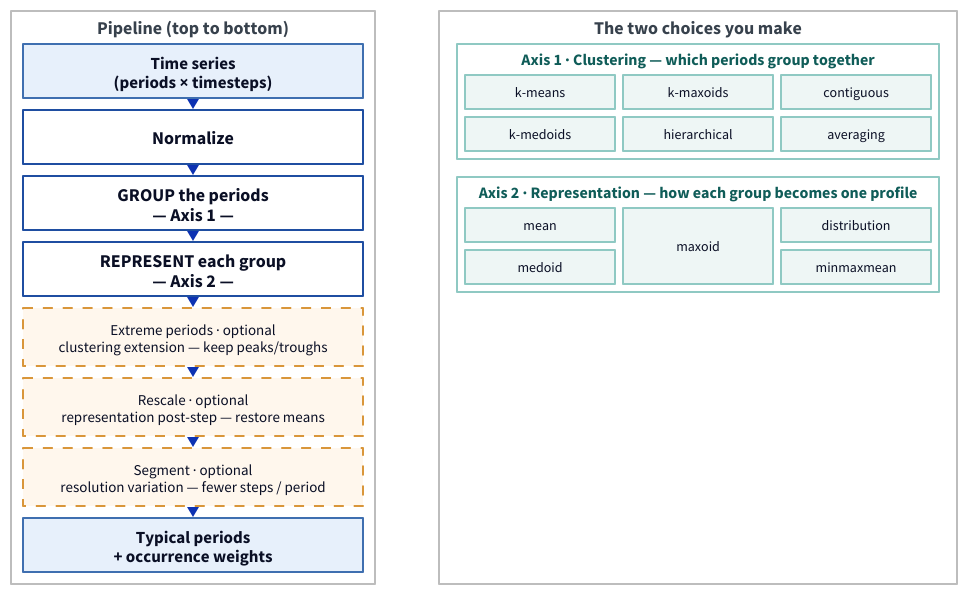
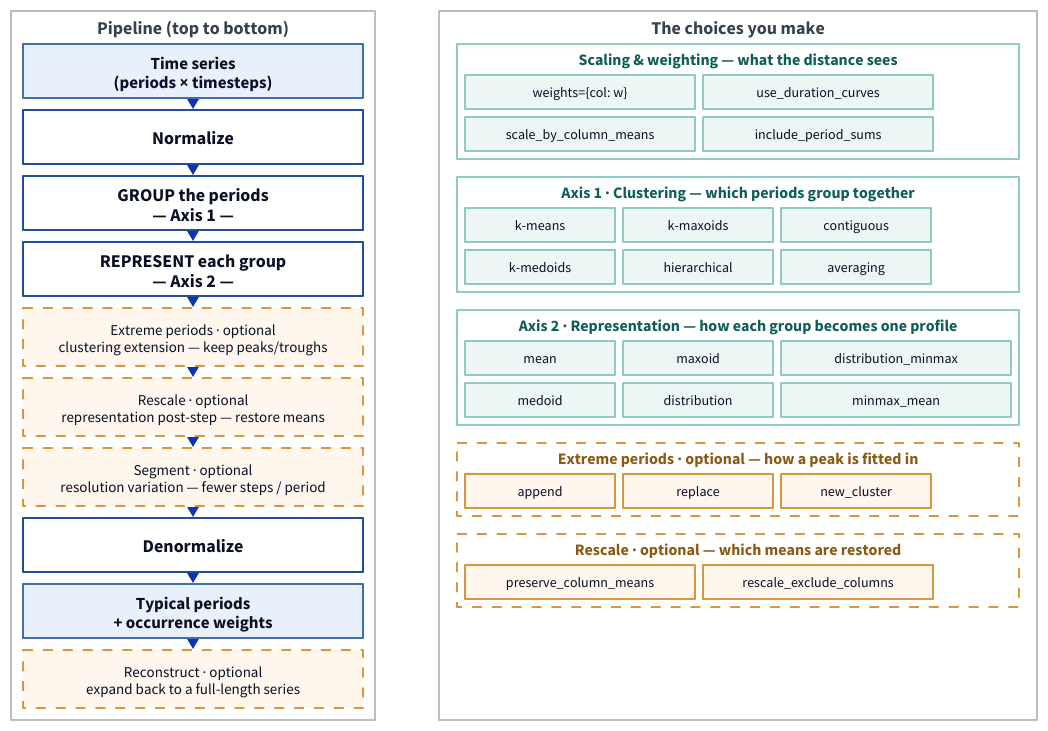
Before and after one commit to FZJ-IEK3-VSA/tsam: the diagram in docs/assets/architecture/aggregation_methods.d2, drawn with D2. The commit also changed 63 other files, not shown here.

```diff
--- a/docs/assets/architecture/aggregation_methods.d2
+++ b/docs/assets/architecture/aggregation_methods.d2
@@ -1,76 +1,115 @@
-# Aggregation pipeline — the two recombinable axes (grouping × representation) and
-# the optional post-steps (extremes, rescale, segmentation), in pipeline order.
-# Required stages are solid blue; OPTIONAL steps are dashed amber. Conceptual
-# companion to the how-it-works overview. Regenerate:
+# Aggregation pipeline — the two recombinable axes (grouping × representation), the
+# optional post-steps (extremes, rescale, segmentation) and the return path
+# (denormalize, reconstruct), in pipeline order. Required stages are solid blue;
+# OPTIONAL steps are dashed amber. The right column lists the options each stage
+# takes, in the same top-to-bottom order as the stages they configure. Conceptual
+# companion to the how-aggregation-works overview. Regenerate:
 #   d2 aggregation_methods.d2 aggregation_methods.svg
 
 direction: down
 
 vars: {
   d2-config: { pad: 12 }
 }
 
 classes: {
   side: { style: { fill: transparent; stroke: "#bdbdbd"; font-size: 18; bold: true; font-color: "#37414c" } }
   # required pipeline stages (solid, blue)
   stage: { width: 340; height: 54; style: { fill: "#ffffff"; stroke: "#1f4ea1"; stroke-width: 2; font-size: 18; bold: true } }
   # OPTIONAL steps (dashed, amber) — visually distinct from required stages
   opt: { width: 340; height: 58; style: { fill: "#fff7ed"; stroke: "#d9963a"; stroke-width: 2; stroke-dash: 5; font-size: 15; bold: false } }
   # data in / out (blue)
   io: { width: 340; height: 54; style: { fill: "#e7f0fb"; stroke: "#3f6fb0"; stroke-width: 2; font-size: 17 } }
   # menu container titles
   menu: { style: { fill: transparent; stroke: "#8fc9c3"; stroke-width: 2; font-size: 16; bold: true; font-color: "#0f5c58" } }
-  # option chips
+  # menu container titles for OPTIONAL steps — amber, to match the dashed stages
+  menu_opt: { style: { fill: transparent; stroke: "#d9963a"; stroke-width: 2; stroke-dash: 5; font-size: 16; bold: true; font-color: "#8a5a12" } }
+  # option chips: method names (short)
   chip: { width: 150; height: 34; style: { fill: "#eef6f5"; stroke: "#8fc9c3"; bold: false; font-size: 14 } }
+  # option chips: keyword-argument names (long) — wider so they do not wrap
+  kwchip: { width: 230; height: 34; style: { fill: "#eef6f5"; stroke: "#8fc9c3"; bold: false; font-size: 14 } }
+  # option chips for OPTIONAL steps — amber
+  kwchip_opt: { width: 230; height: 34; style: { fill: "#fff7ed"; stroke: "#d9963a"; bold: false; font-size: 14 } }
+  chip_opt: { width: 150; height: 34; style: { fill: "#fff7ed"; stroke: "#d9963a"; bold: false; font-size: 14 } }
 }
 
 grid-columns: 2
 grid-gap: 64
 
 # ── Left: the pipeline, top to bottom. Required stages solid; optional dashed. ──
 flow: "Pipeline (top to bottom)" {
   class: side
   grid-columns: 1
   grid-gap: 12
 
   tin: "Time series\n(periods × timesteps)" { class: io }
   norm: "Normalize" { class: stage }
   group: "GROUP the periods\n— Axis 1 —" { class: stage }
   rep: "REPRESENT each group\n— Axis 2 —" { class: stage }
   ext: "Extreme periods  ·  optional\nclustering extension — keep peaks/troughs" { class: opt }
   resc: "Rescale  ·  optional\nrepresentation post-step — restore means" { class: opt }
   seg: "Segment  ·  optional\nresolution variation — fewer steps / period" { class: opt }
+  den: "Denormalize" { class: stage }
   out: "Typical periods\n+ occurrence weights" { class: io }
+  rec: "Reconstruct  ·  optional\nexpand back to a full-length series" { class: opt }
 
-  tin -> norm -> group -> rep -> ext -> resc -> seg -> out
+  tin -> norm -> group -> rep -> ext -> resc -> seg -> den -> out -> rec
 }
 
-# ── Right: the two choices (any Axis-1 method × any Axis-2 method) ──────────────
-choices: "The two choices you make" {
+# ── Right: the options each stage takes, in the same order as the stages ────────
+choices: "The choices you make" {
   class: side
   grid-columns: 1
   grid-gap: 18
+
+  scal: "Scaling & weighting — what the distance sees" {
+    class: menu
+    grid-columns: 2
+    grid-gap: 8
+    w1: "weights={col: w}" { class: kwchip }
+    w2: "scale_by_column_means" { class: kwchip }
+    w3: "use_duration_curves" { class: kwchip }
+    w4: "include_period_sums" { class: kwchip }
+  }
 
   clu: "Axis 1 · Clustering — which periods group together" {
     class: menu
     grid-columns: 3
     grid-gap: 8
     a1: "k-means" { class: chip }
     a2: "k-medoids" { class: chip }
     a3: "k-maxoids" { class: chip }
     a4: "hierarchical" { class: chip }
     a5: "contiguous" { class: chip }
     a6: "averaging" { class: chip }
   }
 
   repr: "Axis 2 · Representation — how each group becomes one profile" {
     class: menu
     grid-columns: 3
     grid-gap: 8
     b1: "mean" { class: chip }
     b2: "medoid" { class: chip }
     b3: "maxoid" { class: chip }
     b4: "distribution" { class: chip }
-    b5: "minmaxmean" { class: chip }
+    b5: "distribution_minmax" { class: kwchip }
+    b6: "minmax_mean" { class: chip }
+  }
+
+  extm: "Extreme periods  ·  optional — how a peak is fitted in" {
+    class: menu_opt
+    grid-columns: 3
+    grid-gap: 8
+    e1: "append" { class: chip_opt }
+    e2: "replace" { class: chip_opt }
+    e3: "new_cluster" { class: chip_opt }
+  }
+
+  rescm: "Rescale  ·  optional — which means are restored" {
+    class: menu_opt
+    grid-columns: 2
+    grid-gap: 8
+    r1: "preserve_column_means" { class: kwchip_opt }
+    r2: "rescale_exclude_columns" { class: kwchip_opt }
   }
 }
```
